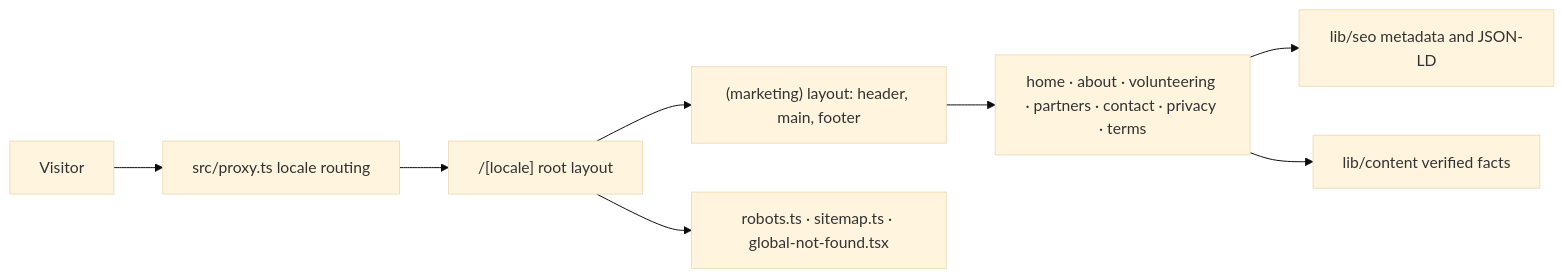
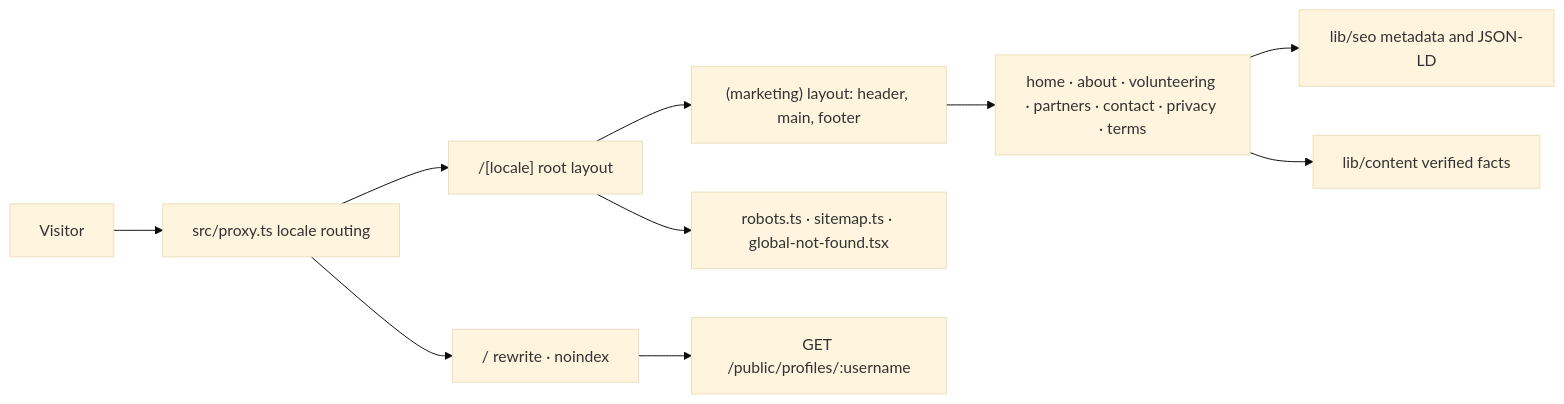
One commit to volontyorlarOrg/v-web changed the diagram in docs/architecture/ARCHITECTURE.md. Above: the diagram before and after it, drawn with Mermaid (base theme). The commit also changed other lines of this file and 26 other files, not shown here.

Commit message:
feat: add public volunteer profile pages

````diff
--- a/docs/architecture/ARCHITECTURE.md
+++ b/docs/architecture/ARCHITECTURE.md
@@ -10,10 +12,12 @@
 ```mermaid
 flowchart LR
   Visitor --> Proxy[src/proxy.ts locale routing]
   Proxy --> Locale["/[locale] root layout"]
   Locale --> Marketing["(marketing) layout: header, main, footer"]
   Marketing --> Pages["home · about · volunteering · partners · contact · privacy · terms"]
+  Proxy --> Profile["/<username> rewrite · noindex"]
+  Profile --> PublicApi["GET /public/profiles/:username"]
   Locale --> Meta[robots.ts · sitemap.ts · global-not-found.tsx]
   Pages --> Seo[lib/seo metadata and JSON-LD]
   Pages --> Facts[lib/content verified facts]
 ```
````
